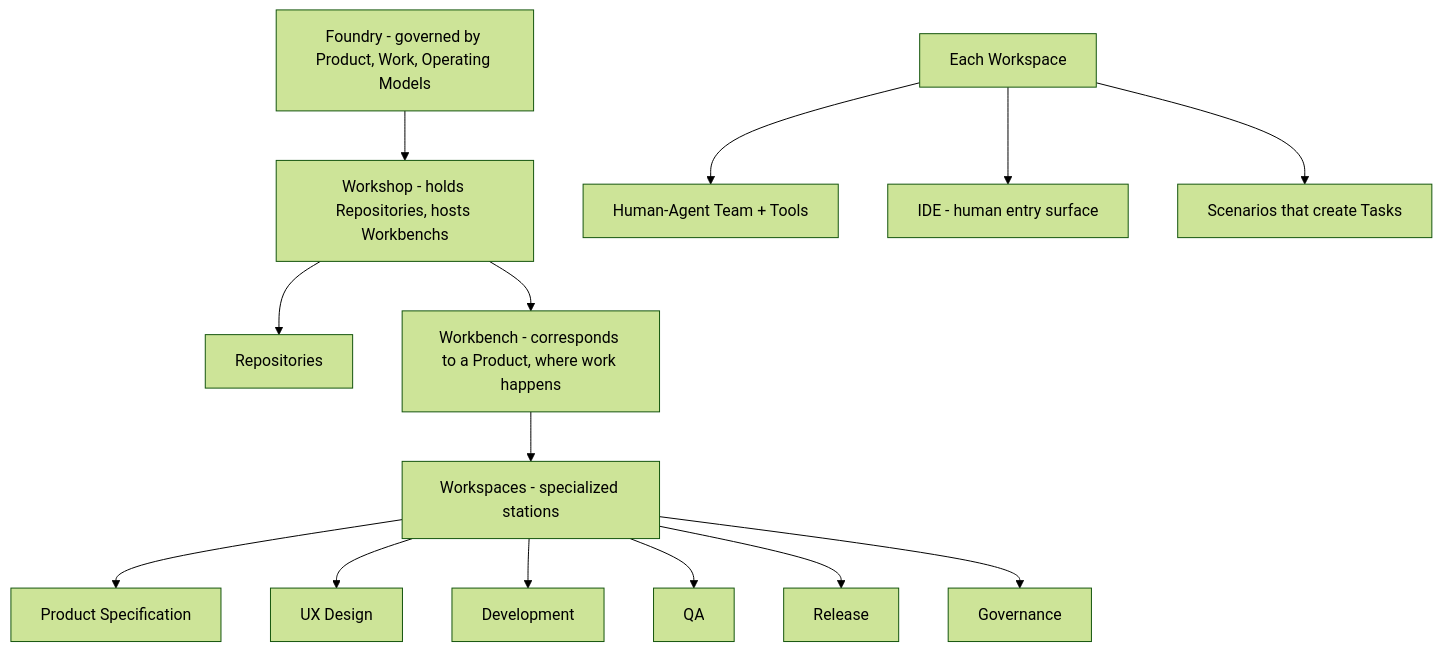
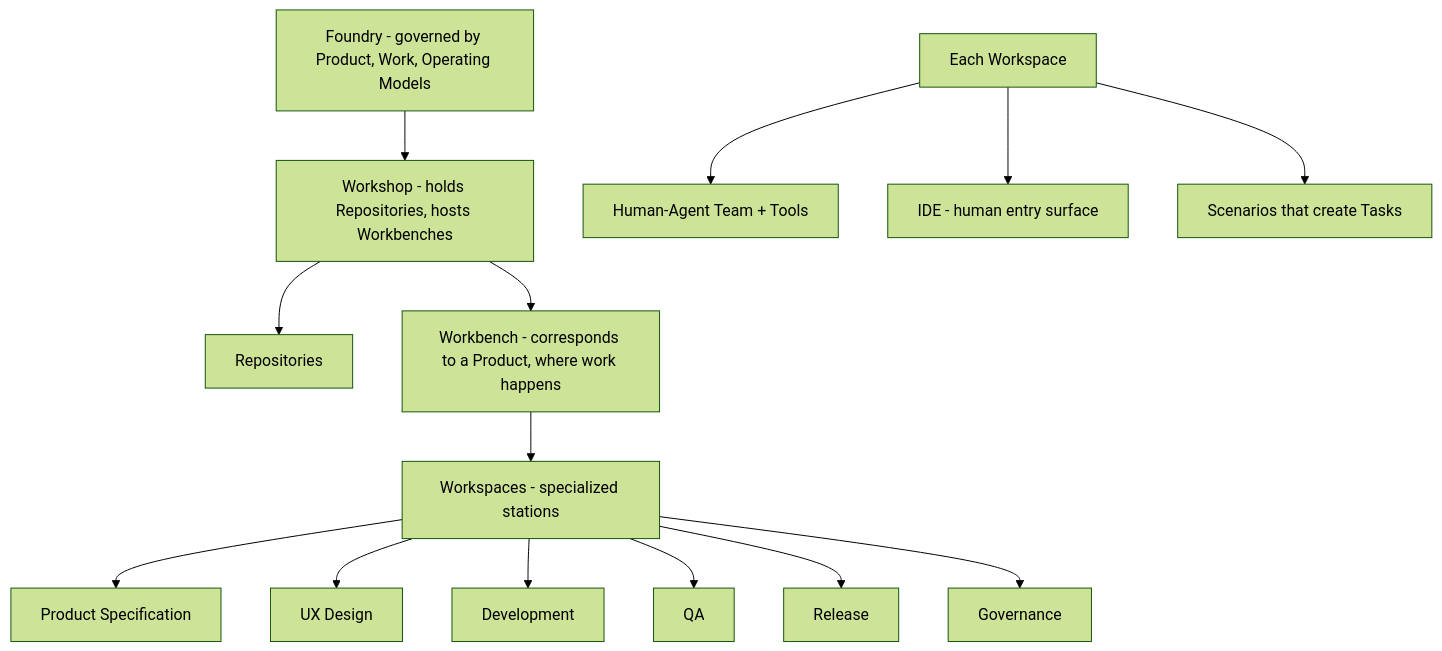
One commit to gramki/temp-website changed the diagram in foundry/ace/README.md. Above: the diagram before and after it, drawn with Mermaid (forest theme). The commit also changed other lines of this file and 8 other files, not shown here.

````diff
--- a/foundry/ace/README.md
+++ b/foundry/ace/README.md
@@ -24,18 +24,18 @@
 ```mermaid
 graph TD
   Foundry[Foundry - governed by Product, Work, Operating Models]
-  Foundry --> Workshop[Workshop - holds Repositories, hosts Workbenchs]
+  Foundry --> Workshop[Workshop - holds Repositories, hosts Workbenches]
   Workshop --> Repos[Repositories]
   Workshop --> Project[Workbench - corresponds to a Product, where work happens]
   Project --> Workspaces[Workspaces - specialized stations]
   Workspaces --> Spec[Product Specification]
   Workspaces --> UX[UX Design]
   Workspaces --> Dev[Development]
   Workspaces --> QA[QA]
   Workspaces --> Release[Release]
   Workspaces --> Gov[Governance]
   Workspace[Each Workspace]
   Workspace --> Team[Human-Agent Team + Tools]
   Workspace --> IDE[IDE - human entry surface]
   Workspace --> Scenarios[Scenarios that create Tasks]
 ```
````
